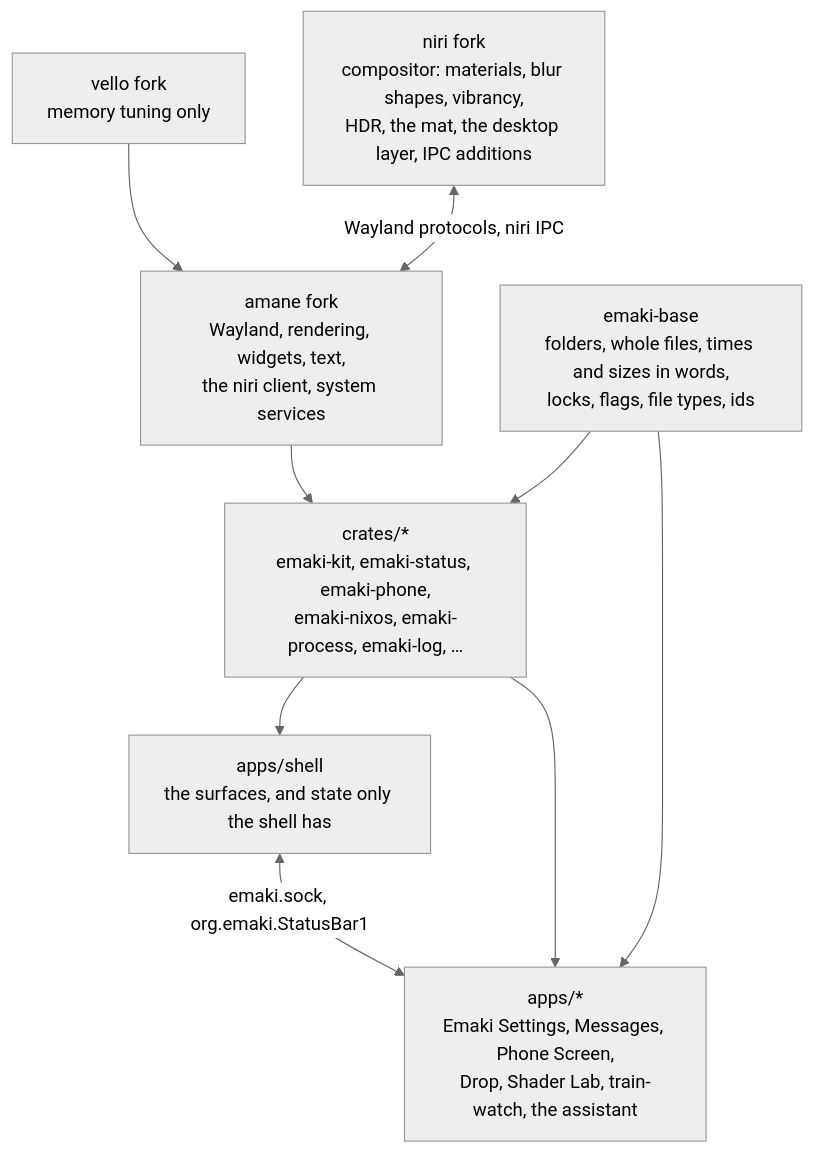
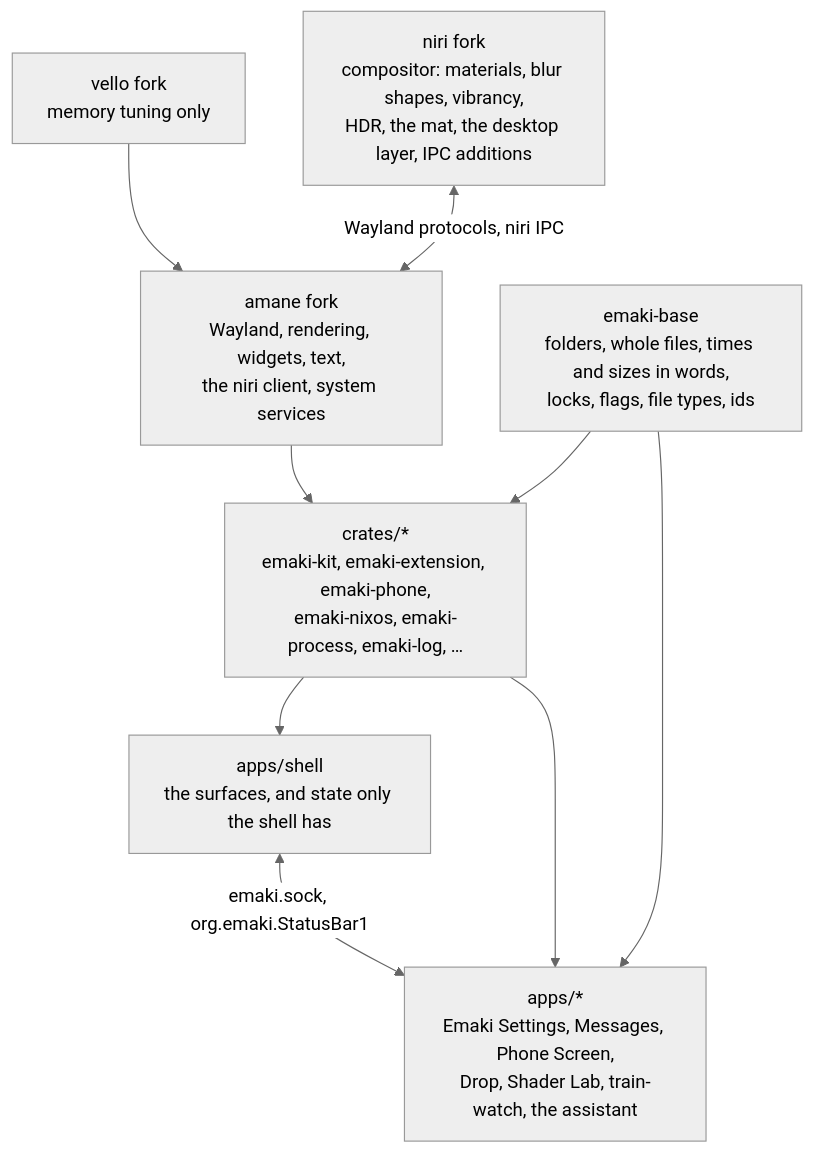
Before and after one commit to 098765434/amane-shell: the first of 3 diagrams in docs/developer/architecture.md, drawn with Mermaid (neutral theme). The commit also changed other lines of this file and 29 other files, not shown here.

Commit message:
emaki-status is emaki-extension; the old name stays one release as a re-export

````diff
--- a/docs/developer/architecture.md
+++ b/docs/developer/architecture.md
@@ -9,19 +9,19 @@
 ```mermaid
 flowchart TB
     niri["niri fork<br/>compositor: materials, blur shapes, vibrancy,<br/>HDR, the mat, the desktop layer, IPC additions"]
     vello["vello fork<br/>memory tuning only"]
     amane["amane fork<br/>Wayland, rendering, widgets, text,<br/>the niri client, system services"]
-    crates["crates/*<br/>emaki-kit, emaki-status, emaki-phone,<br/>emaki-nixos, emaki-process, emaki-log, …"]
+    crates["crates/*<br/>emaki-kit, emaki-extension, emaki-phone,<br/>emaki-nixos, emaki-process, emaki-log, …"]
     base["emaki-base<br/>folders, whole files, times and sizes in words,<br/>locks, flags, file types, ids"]
     shell["apps/shell<br/>the surfaces, and state only the shell has"]
     apps["apps/*<br/>Emaki Settings, Messages, Phone Screen,<br/>Drop, Shader Lab, train-watch, the assistant"]
 
     vello --> amane
     amane --> crates
     base --> crates
     base --> apps
     crates --> shell
     crates --> apps
     niri <-->|"Wayland protocols, niri IPC"| amane
     shell <-->|"emaki.sock, org.emaki.StatusBar1"| apps
 ```
````
